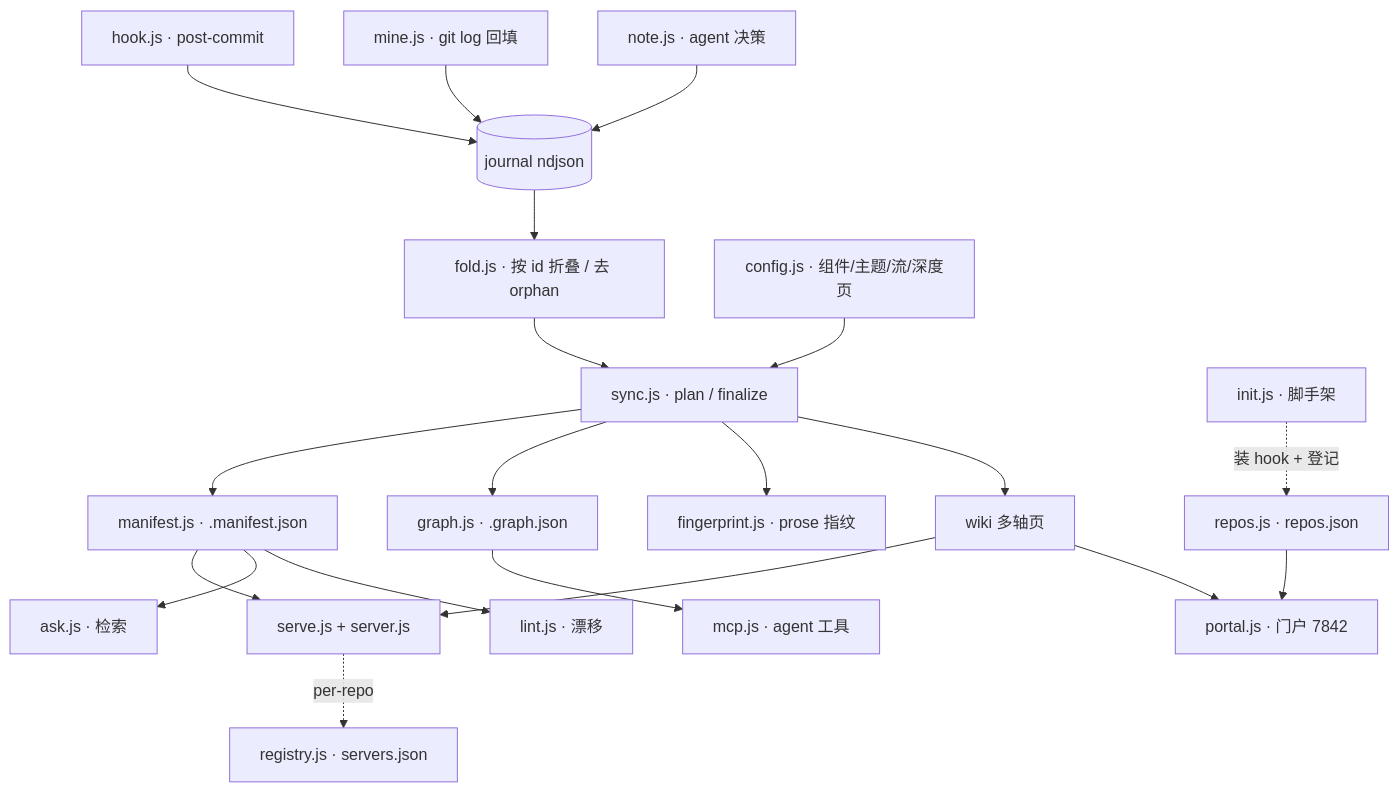
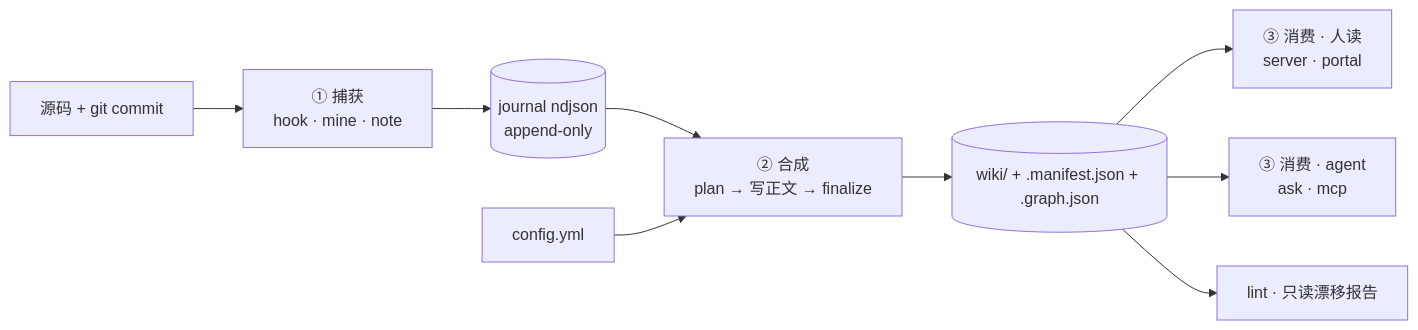
One commit to shenhuanageshei/lore changed the diagram in .lore/wiki/component/lib.md. Above: the diagram before and after it, drawn with Mermaid. The commit also changed other lines of this file and 12 other files, not shown here.

````diff
--- a/.lore/wiki/component/lib.md
+++ b/.lore/wiki/component/lib.md
@@ -13,22 +17,11 @@
 ```mermaid
-flowchart TD
-  hook["hook.js · post-commit"] --> J[("journal ndjson")]
-  mine["mine.js · git log 回填"] --> J
-  note["note.js · agent 决策"] --> J
-  J --> fold["fold.js · 按 id 折叠 / 去 orphan"]
-  cfg["config.js · 组件/主题/流/深度页"] --> sync["sync.js · plan / finalize"]
-  fold --> sync
-  sync --> manifest["manifest.js · .manifest.json"]
-  sync --> gj["graph.js · .graph.json"]
-  sync --> fp["fingerprint.js · prose 指纹"]
-  sync --> wiki["wiki 多轴页"]
-  manifest --> serve["serve.js + server.js"]
-  wiki --> serve
-  serve -.->|per-repo| reg["registry.js · servers.json"]
-  repos["repos.js · repos.json"] --> portal["portal.js · 门户 7842"]
-  wiki --> portal
-  gj --> mcp["mcp.js · agent 工具"]
-  manifest --> ask["ask.js · 检索"]
-  manifest --> lint["lint.js · 漂移"]
-  init["init.js · 脚手架"] -.->|装 hook + 登记| repos
+flowchart LR
+  src["源码 + git commit"] --> cap["① 捕获<br/>hook · mine · note"]
+  cap --> jrn[("journal ndjson<br/>append-only")]
+  jrn --> syn["② 合成<br/>plan → 写正文 → finalize"]
+  cfg["config.yml"] --> syn
+  syn --> wiki[("wiki/ + .manifest.json + .graph.json")]
+  wiki --> ppl["③ 消费 · 人读<br/>server · portal"]
+  wiki --> agt["③ 消费 · agent<br/>ask · mcp"]
+  wiki --> lnt["lint · 只读漂移报告"]
 ```
````
